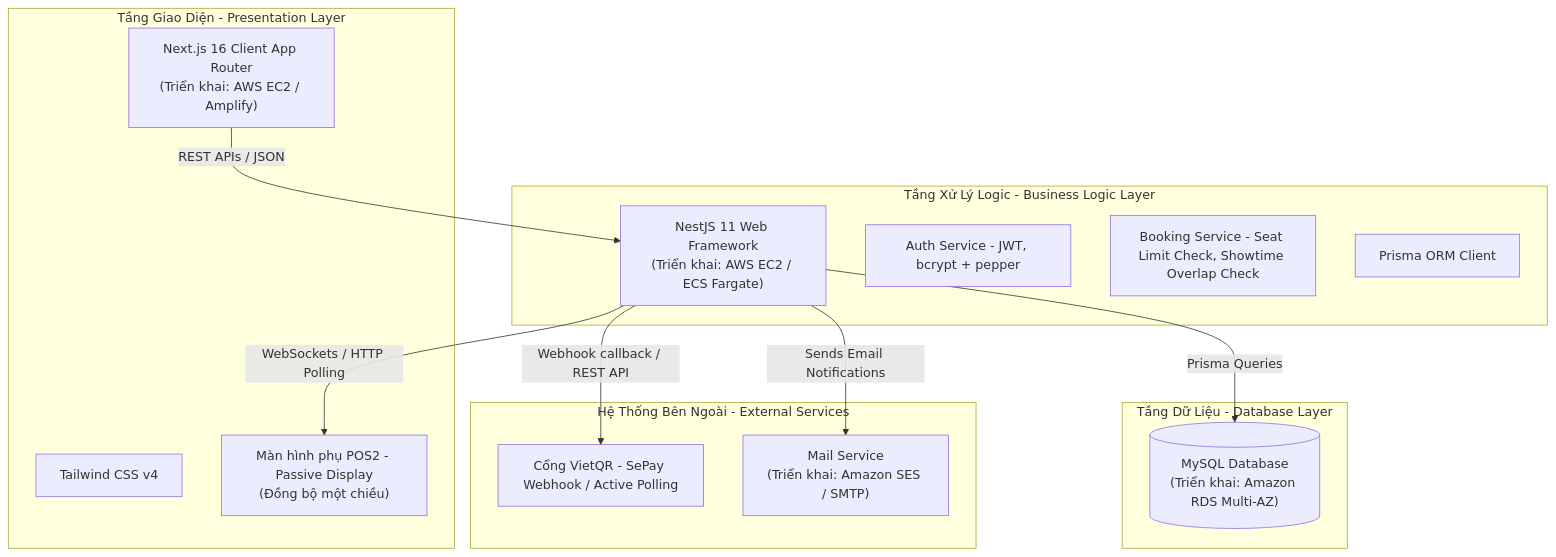
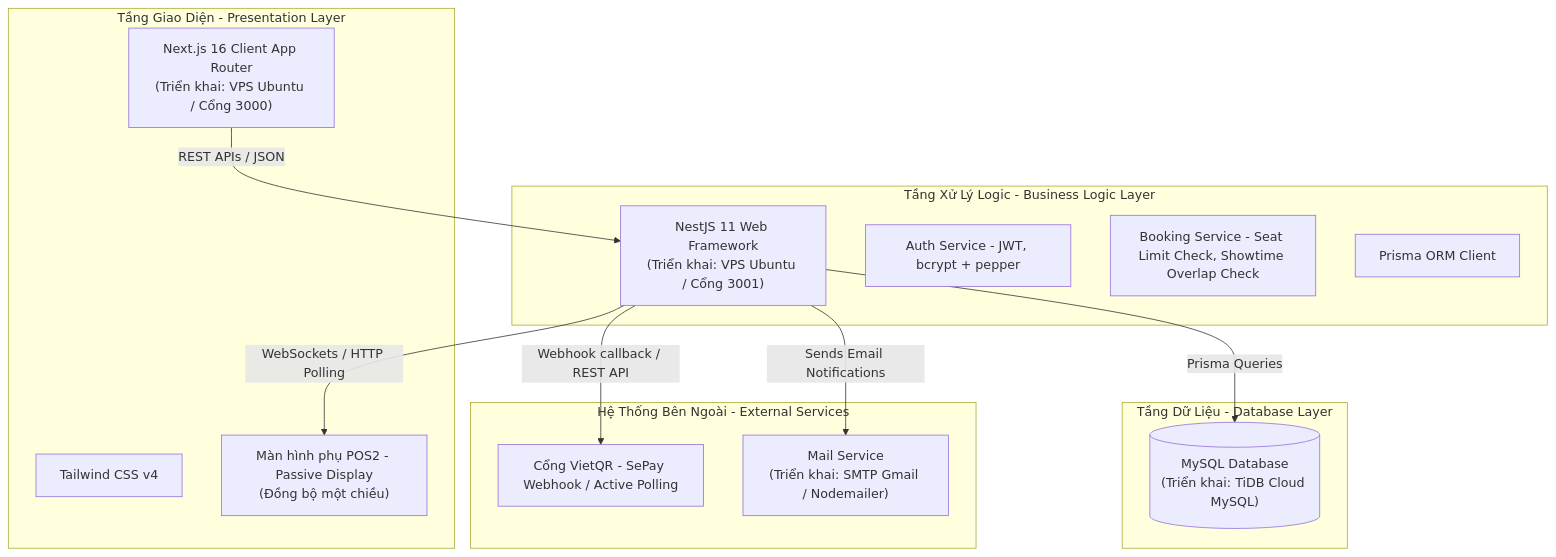
The fourth of 6 diagrams in test.md (singuyenvan0206/RPG-bot), drawn with Mermaid before and after one commit.

````diff
--- a/test.md
+++ b/test.md
@@ -345,31 +345,31 @@
 ```mermaid
 graph TB
     subgraph Client [Tầng Giao Diện - Presentation Layer]
-        NextJS["Next.js 16 Client App Router<br>(Triển khai: AWS EC2 / Amplify)"]
+        NextJS["Next.js 16 Client App Router<br>(Triển khai: VPS Ubuntu / Cổng 3000)"]
         Tailwind[Tailwind CSS v4]
         POS2["Màn hình phụ POS2 - Passive Display<br>(Đồng bộ một chiều)"]
     end
 
     subgraph Server [Tầng Xử Lý Logic - Business Logic Layer]
-        NestJS["NestJS 11 Web Framework<br>(Triển khai: AWS EC2 / ECS Fargate)"]
+        NestJS["NestJS 11 Web Framework<br>(Triển khai: VPS Ubuntu / Cổng 3001)"]
         Auth[Auth Service - JWT, bcrypt + pepper]
         Booking[Booking Service - Seat Limit Check, Showtime Overlap Check]
         Prisma[Prisma ORM Client]
     end
 
     subgraph Storage [Tầng Dữ Liệu - Database Layer]
-        MySQL[("MySQL Database<br>(Triển khai: Amazon RDS Multi-AZ)")]
+        MySQL[("MySQL Database<br>(Triển khai: TiDB Cloud MySQL)")]
     end
 
     subgraph External [Hệ Thống Bên Ngoài - External Services]
         SePay[Cổng VietQR - SePay Webhook / Active Polling]
-        Mailer["Mail Service<br>(Triển khai: Amazon SES / SMTP)"]
+        Mailer["Mail Service<br>(Triển khai: SMTP Gmail / Nodemailer)"]
     end
 
     %% Connections
     NextJS -->|REST APIs / JSON| NestJS
     NestJS -->|WebSockets / HTTP Polling| POS2
     NestJS -->|Prisma Queries| MySQL
     NestJS -->|Webhook callback / REST API| SePay
     NestJS -->|Sends Email Notifications| Mailer
 ```
````
